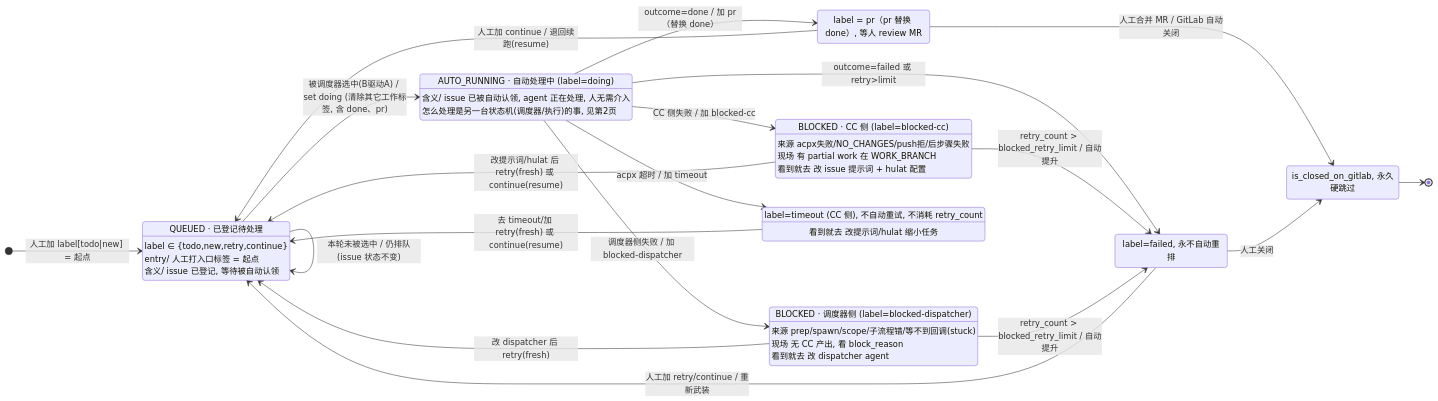
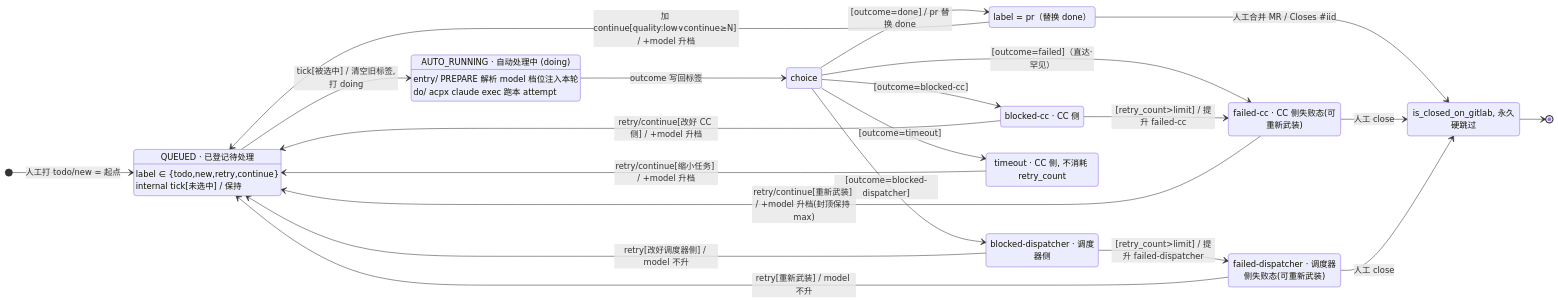
Before and after one commit to YCyberNexus/MyOpenClawAgents: the first of 2 diagrams in statemachine.v2.md, drawn with Mermaid. The commit also changed other lines of this file, not shown here.

First line of the commit message:
文档：重写 statemachine.v2.md 为状态与 issue label 模型

````diff
--- a/statemachine.v2.md
+++ b/statemachine.v2.md
@@ -100,53 +119,49 @@
 ```mermaid
 stateDiagram-v2
     direction LR
-    [*] --> QUEUED : 人工加 label[todo|new] = 起点
+    [*] --> QUEUED : 人工打 todo/new = 起点
 
     QUEUED : QUEUED · 已登记待处理
     QUEUED : label ∈ {todo,new,retry,continue}
-    QUEUED : entry/ 人工打入口标签 = 起点
-    QUEUED : 含义/ issue 已登记, 等待被自动认领
+    QUEUED : internal tick[未选中] / 保持
 
-    QUEUED --> QUEUED       : 本轮未被选中 / 仍排队(issue 状态不变)
-    QUEUED --> AUTO_RUNNING : 被调度器选中(B驱动A) / set doing (清除其它工作标签, 含 done、pr)
+    QUEUED --> AUTO_RUNNING : tick[被选中] / 清空旧标签,打 doing
 
-    AUTO_RUNNING : AUTO_RUNNING · 自动处理中 (label=doing)
-    AUTO_RUNNING : 含义/ issue 已被自动认领, agent 正在处理, 人无需介入
-    AUTO_RUNNING : 怎么处理是另一台状态机(调度器/执行)的事, 见第2页
+    AUTO_RUNNING : AUTO_RUNNING · 自动处理中 (doing)
+    AUTO_RUNNING : entry/ PREPARE 解析 model 档位注入本轮
+    AUTO_RUNNING : do/ acpx claude exec 跑本 attempt
 
-    AUTO_RUNNING --> AWAITING_REVIEW : outcome=done / 加 pr（替换 done）
-    AUTO_RUNNING --> BLOCKED_CC      : CC 侧失败 / 加 blocked-cc
-    AUTO_RUNNING --> BLOCKED_DISP    : 调度器侧失败 / 加 blocked-dispatcher
-    AUTO_RUNNING --> TIMEOUT         : acpx 超时 / 加 timeout
-    AUTO_RUNNING --> FAILED          : outcome=failed 或 retry>limit
+    AUTO_RUNNING --> choice : outcome 写回标签
+    state choice <<choice>>
+    choice --> AWAITING_REVIEW : [outcome=done] / pr 替换 done
+    choice --> BLOCKED_CC      : [outcome=blocked-cc]
+    choice --> BLOCKED_DISP    : [outcome=blocked-dispatcher]
+    choice --> TIMEOUT         : [outcome=timeout]
+    choice --> FAILED_CC       : [outcome=failed]（直达·罕见）
 
-    state "BLOCKED · CC 侧 (label=blocked-cc)" as BLOCKED_CC
-    BLOCKED_CC : 来源 acpx失败/NO_CHANGES/push拒/后步骤失败
-    BLOCKED_CC : 现场 有 partial work 在 WORK_BRANCH
-    BLOCKED_CC : 看到就去 改 issue 提示词 + hulat 配置
+    AWAITING_REVIEW : label = pr（替换 done）
+    AWAITING_REVIEW --> CLOSED : 人工合并 MR / Closes #iid
+    AWAITING_REVIEW --> QUEUED : 加 continue[quality:low∨continue≥N] / +model 升档
 
-    state "BLOCKED · 调度器侧 (label=blocked-dispatcher)" as BLOCKED_DISP
-    BLOCKED_DISP : 来源 prep/spawn/scope/子流程错/等不到回调(stuck)
-    BLOCKED_DISP : 现场 无 CC 产出, 看 block_reason
-    BLOCKED_DISP : 看到就去 改 dispatcher agent
+    state "blocked-cc · CC 侧" as BLOCKED_CC
+    BLOCKED_CC --> QUEUED   : retry/continue[改好 CC 侧] / +model 升档
+    BLOCKED_CC --> FAILED_CC : [retry_count>limit] / 提升 failed-cc
 
-    AWAITING_REVIEW : label = pr（pr 替换 done）, 等人 review MR
-    AWAITING_REVIEW --> CLOSED : 人工合并 MR / GitLab 自动关闭
-    AWAITING_REVIEW --> QUEUED : 人工加 continue / 退回续跑(resume)
+    state "blocked-dispatcher · 调度器侧" as BLOCKED_DISP
+    BLOCKED_DISP --> QUEUED     : retry[改好调度器侧] / model 不升
+    BLOCKED_DISP --> FAILED_DISP : [retry_count>limit] / 提升 failed-dispatcher
 
-    BLOCKED_CC   --> QUEUED : 改提示词/hulat 后 retry(fresh) 或 continue(resume)
-    BLOCKED_CC   --> FAILED : retry_count > blocked_retry_limit / 自动提升
-    BLOCKED_DISP --> QUEUED : 改 dispatcher 后 retry(fresh)
-    BLOCKED_DISP --> FAILED : retry_count > blocked_retry_limit / 自动提升
+    TIMEOUT : timeout · CC 侧, 不消耗 retry_count
+    TIMEOUT --> QUEUED : retry/continue[缩小任务] / +model 升档
 
-    TIMEOUT : label=timeout (CC 侧), 不自动重试, 不消耗 retry_count
-    TIMEOUT : 看到就去 改提示词/hulat 缩小任务
-    TIMEOUT --> QUEUED : 去 timeout/加 retry(fresh) 或 continue(resume)
+    state "failed-cc · CC 侧失败态(可重新武装)" as FAILED_CC
+    FAILED_CC --> QUEUED : retry/continue[重新武装] / +model 升档(封顶保持 max)
+    FAILED_CC --> CLOSED : 人工 close
 
-    FAILED : label=failed, 永不自动重排
-    FAILED --> QUEUED : 人工加 retry/continue / 重新武装
-    FAILED --> CLOSED : 人工关闭
+    state "failed-dispatcher · 调度器侧失败态(可重新武装)" as FAILED_DISP
+    FAILED_DISP --> QUEUED : retry[重新武装] / model 不升
+    FAILED_DISP --> CLOSED : 人工 close
 
     CLOSED : is_closed_on_gitlab, 永久硬跳过
     CLOSED --> [*]
 ```
````
